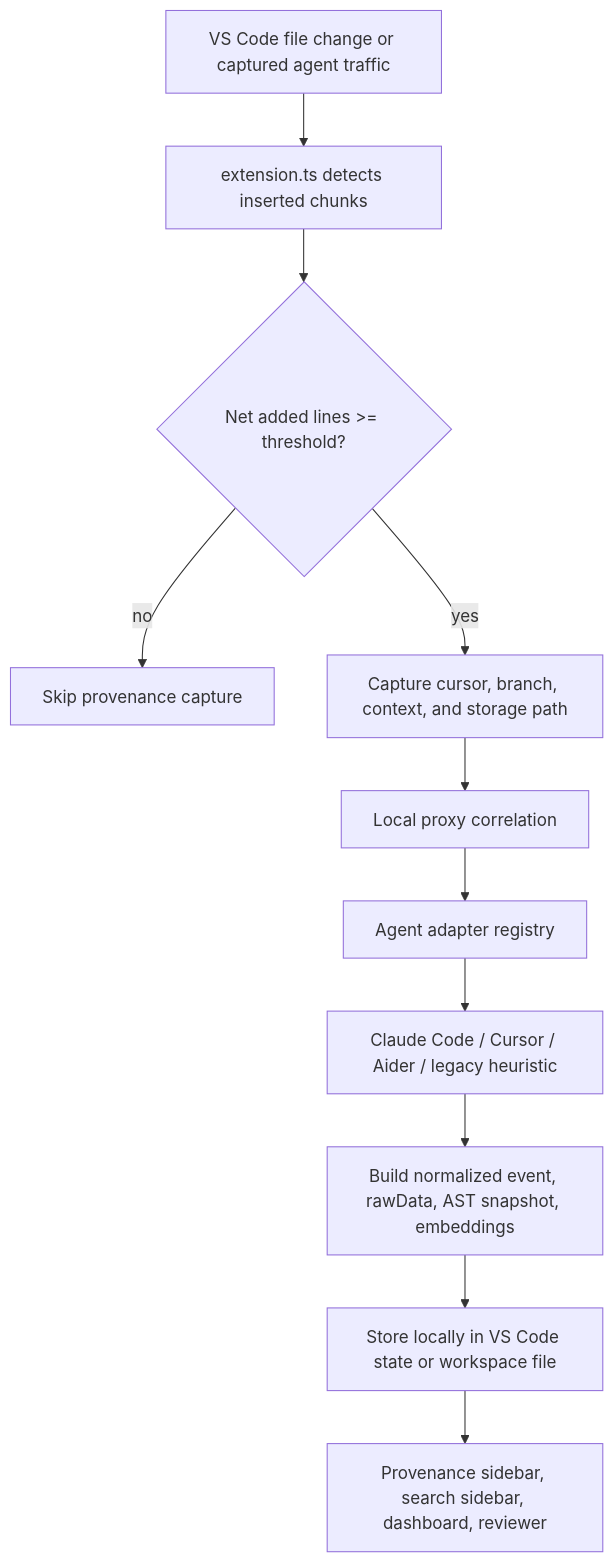
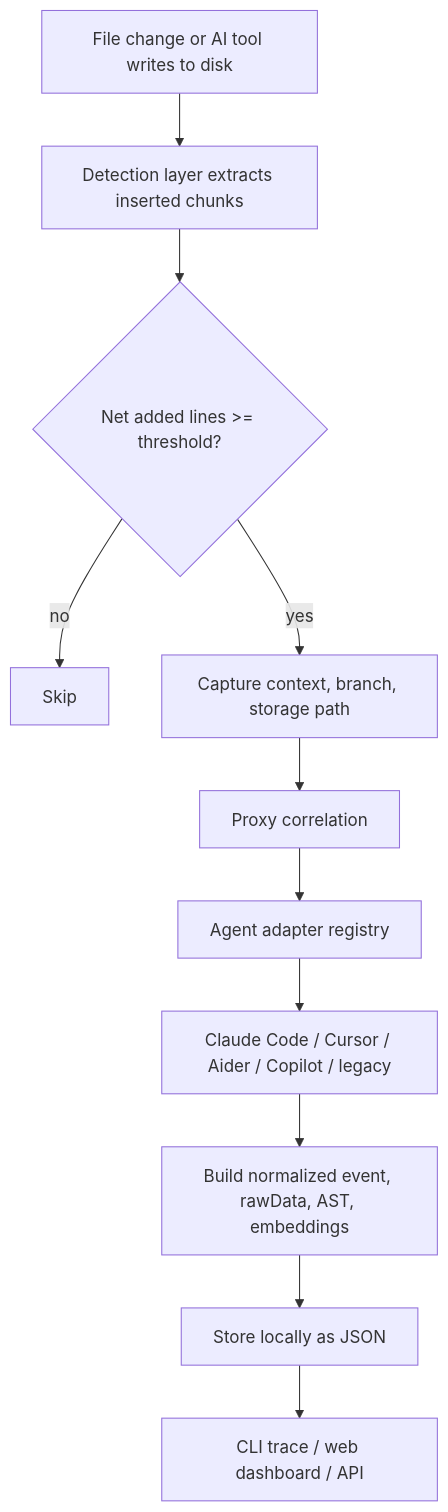
The first of 3 diagrams in docs/architecture.md (karnati-praveen/lineagelens), drawn with Mermaid before and after one commit. The commit also changed other lines of this file and 30 other files, not shown here.

````diff
--- a/docs/architecture.md
+++ b/docs/architecture.md
@@ -150,13 +157,13 @@
 ```mermaid
 flowchart TD
-  A[VS Code file change or captured agent traffic] --> B[extension.ts detects inserted chunks]
+  A[File change or AI tool writes to disk] --> B[Detection layer extracts inserted chunks]
   B --> C{Net added lines >= threshold?}
-  C -- no --> Z[Skip provenance capture]
-  C -- yes --> D[Capture cursor, branch, context, and storage path]
-  D --> E[Local proxy correlation]
+  C -- no --> Z[Skip]
+  C -- yes --> D[Capture context, branch, storage path]
+  D --> E[Proxy correlation]
   E --> F[Agent adapter registry]
-  F --> G[Claude Code / Cursor / Aider / legacy heuristic]
-  G --> H[Build normalized event, rawData, AST snapshot, embeddings]
-  H --> I[Store locally in VS Code state or workspace file]
-  I --> J[Provenance sidebar, search sidebar, dashboard, reviewer]
+  F --> G[Claude Code / Cursor / Aider / Copilot / legacy]
+  G --> H[Build normalized event, rawData, AST, embeddings]
+  H --> I[Store locally as JSON]
+  I --> J[CLI trace / web dashboard / API]
 ```
````
